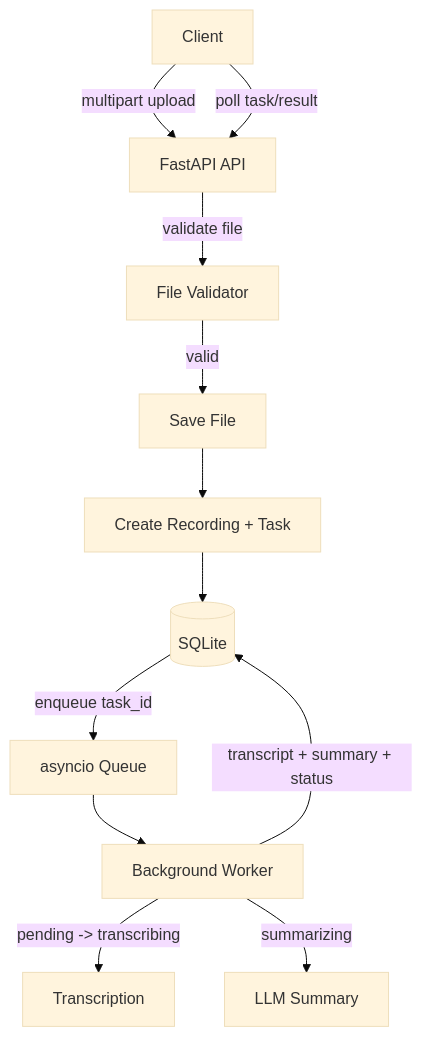
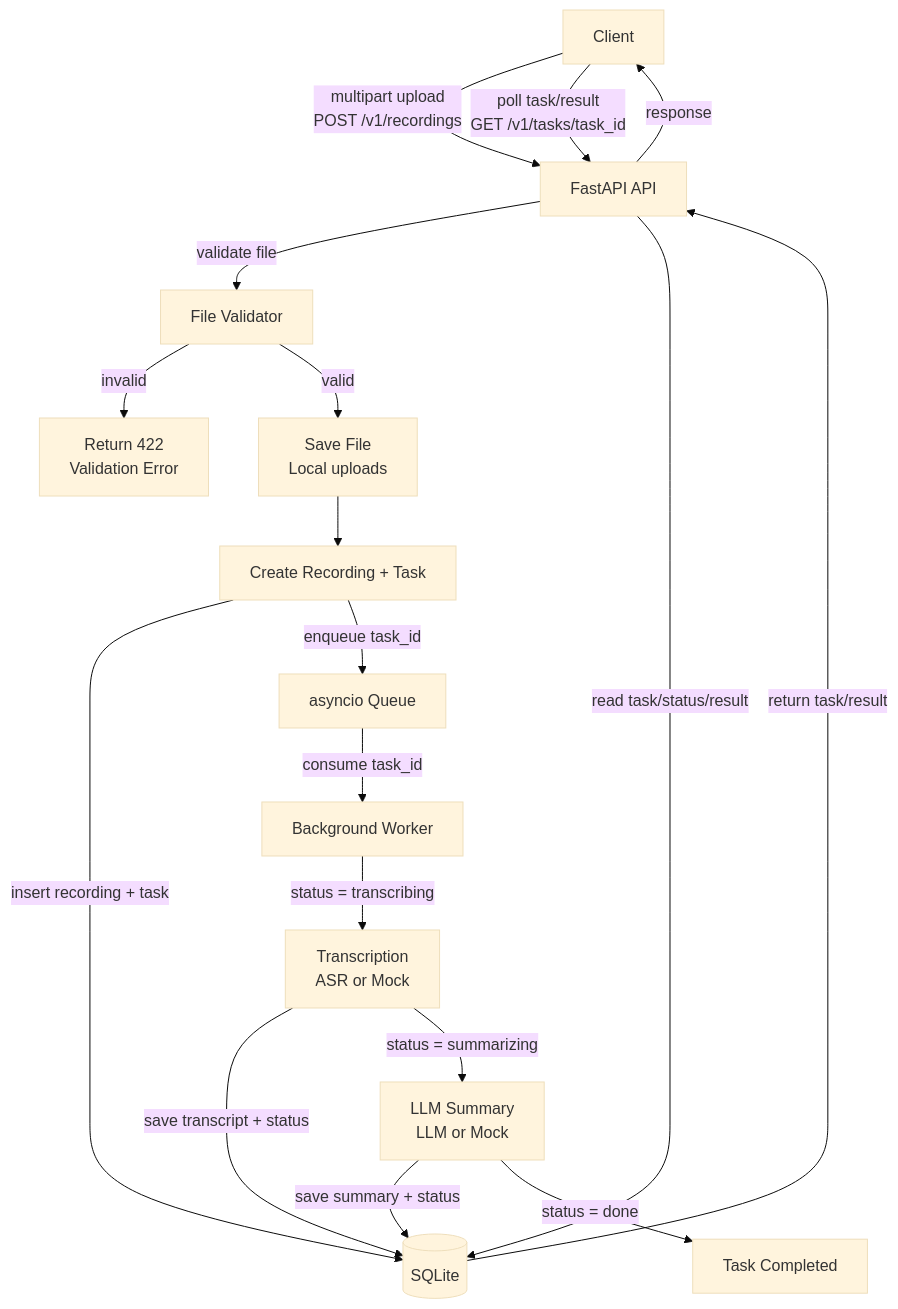
One commit to caomei0304/Recording_transcription_API changed the diagram in README.md. Above: the diagram before and after it, drawn with Mermaid (base theme).

````diff
--- a/README.md
+++ b/README.md
@@ -214,15 +214,29 @@
 ```mermaid
 flowchart TD
     Client[Client]
-    Client -->|multipart upload| API[FastAPI API]
+
+    Client -->|multipart upload<br/>POST /v1/recordings| API[FastAPI API]
+
     API -->|validate file| Validator[File Validator]
-    Validator -->|valid| SaveFile[Save File]
+    Validator -->|invalid| Error[Return 422<br/>Validation Error]
+    Validator -->|valid| SaveFile[Save File<br/>Local uploads]
+
     SaveFile --> CreateTask[Create Recording + Task]
-    CreateTask --> DB[(SQLite)]
-    DB -->|enqueue task_id| Queue[asyncio Queue]
-    Queue --> Worker[Background Worker]
-    Worker -->|pending -> transcribing| ASR[Transcription]
-    Worker -->|summarizing| LLM[LLM Summary]
-    Worker -->|transcript + summary + status| DB
-    Client -->|poll task/result| API
+    CreateTask -->|insert recording + task| DB[(SQLite)]
+    CreateTask -->|enqueue task_id| Queue[asyncio Queue]
+
+    Queue -->|consume task_id| Worker[Background Worker]
+
+    Worker -->|status = transcribing| ASR[Transcription<br/>ASR or Mock]
+    ASR -->|save transcript + status| DB
+
+    ASR -->|status = summarizing| LLM[LLM Summary<br/>LLM or Mock]
+    LLM -->|save summary + status| DB
+
+    LLM -->|status = done| Done[Task Completed]
+
+    Client -->|poll task/result<br/>GET /v1/tasks/task_id| API
+    API -->|read task/status/result| DB
+    DB -->|return task/result| API
+    API -->|response| Client
 ```
````
